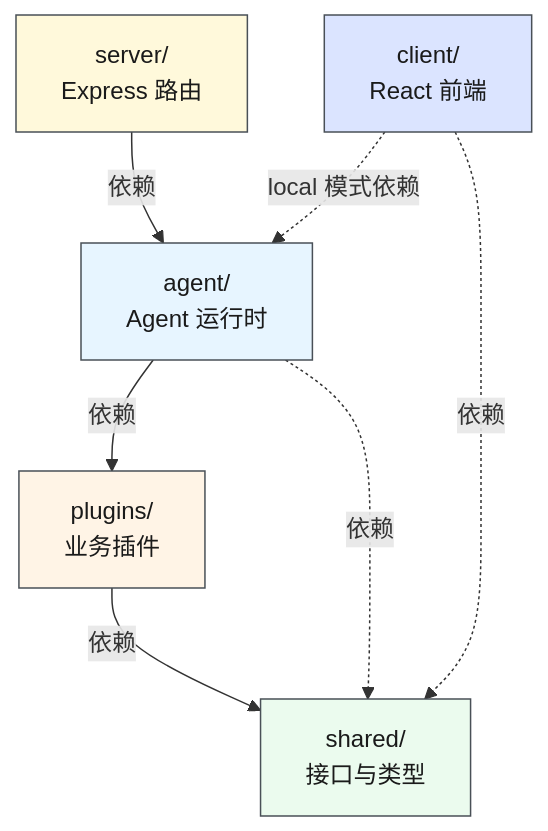
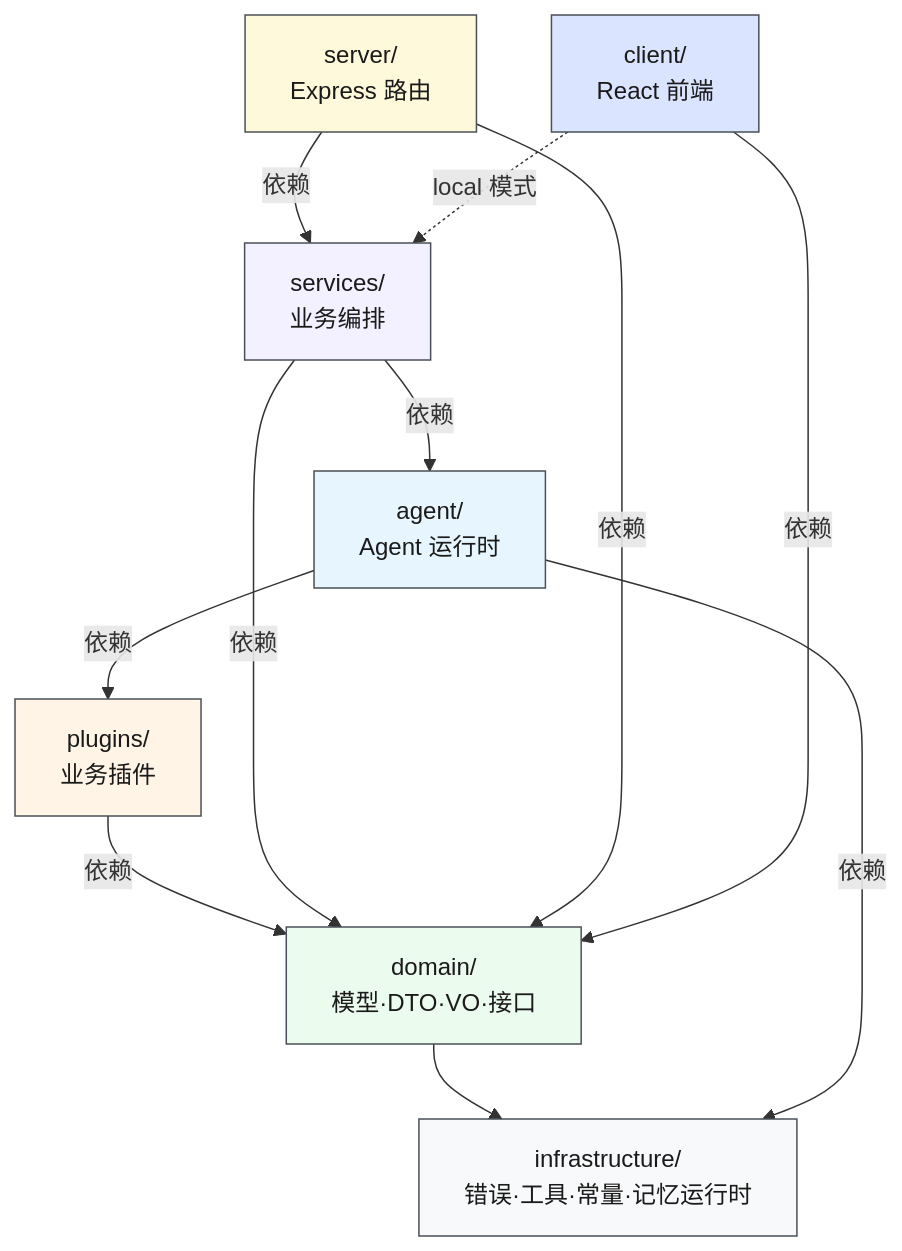
One commit to yjzaaa/leave-approval-agent changed the second of 7 diagrams in CLAUDE.md. Above: the diagram before and after it, drawn with Mermaid. The commit also changed other lines of this file and 25 other files, not shown here.

First line of the commit message:
refactor: 八层架构重构 — agent 子目录化 + domain/infrastructure/services 层

````diff
--- a/CLAUDE.md
+++ b/CLAUDE.md
@@ -65,21 +93,29 @@
 ```mermaid
 graph TD
-    Server["server/<br/>Express 路由"]
+    Domain["domain/<br/>模型·DTO·VO·接口"]
+    Infra["infrastructure/<br/>错误·工具·常量·记忆运行时"]
     Agent["agent/<br/>Agent 运行时"]
     Plugins["plugins/<br/>业务插件"]
+    Services["services/<br/>业务编排"]
+    Server["server/<br/>Express 路由"]
     Client["client/<br/>React 前端"]
-    Shared["shared/<br/>接口与类型"]
 
-    Server -->|"依赖"| Agent
+    Domain --> Infra
+    Server -->|"依赖"| Services
+    Services -->|"依赖"| Agent
     Agent -->|"依赖"| Plugins
-    Plugins -->|"依赖"| Shared
-    Agent -.->|"依赖"| Shared
-    Client -.->|"依赖"| Shared
-    Client -.->|"local 模式依赖"| Agent
+    Agent -->|"依赖"| Infra
+    Plugins -->|"依赖"| Domain
+    Services -->|"依赖"| Domain
+    Server -->|"依赖"| Domain
+    Client -->|"依赖"| Domain
+    Client -.->|"local 模式"| Services
 
-    style Server fill:#fff9db,stroke:#495057,color:#1a1a1a
+    style Domain fill:#ebfbee,stroke:#495057,color:#1a1a1a
+    style Infra fill:#f8f9fa,stroke:#495057,color:#1a1a1a
+    style Services fill:#f3f0ff,stroke:#495057,color:#1a1a1a
     style Agent fill:#e7f5ff,stroke:#495057,color:#1a1a1a
     style Plugins fill:#fff4e6,stroke:#495057,color:#1a1a1a
+    style Server fill:#fff9db,stroke:#495057,color:#1a1a1a
     style Client fill:#dbe4ff,stroke:#495057,color:#1a1a1a
-    style Shared fill:#ebfbee,stroke:#495057,color:#1a1a1a
 ```
````
